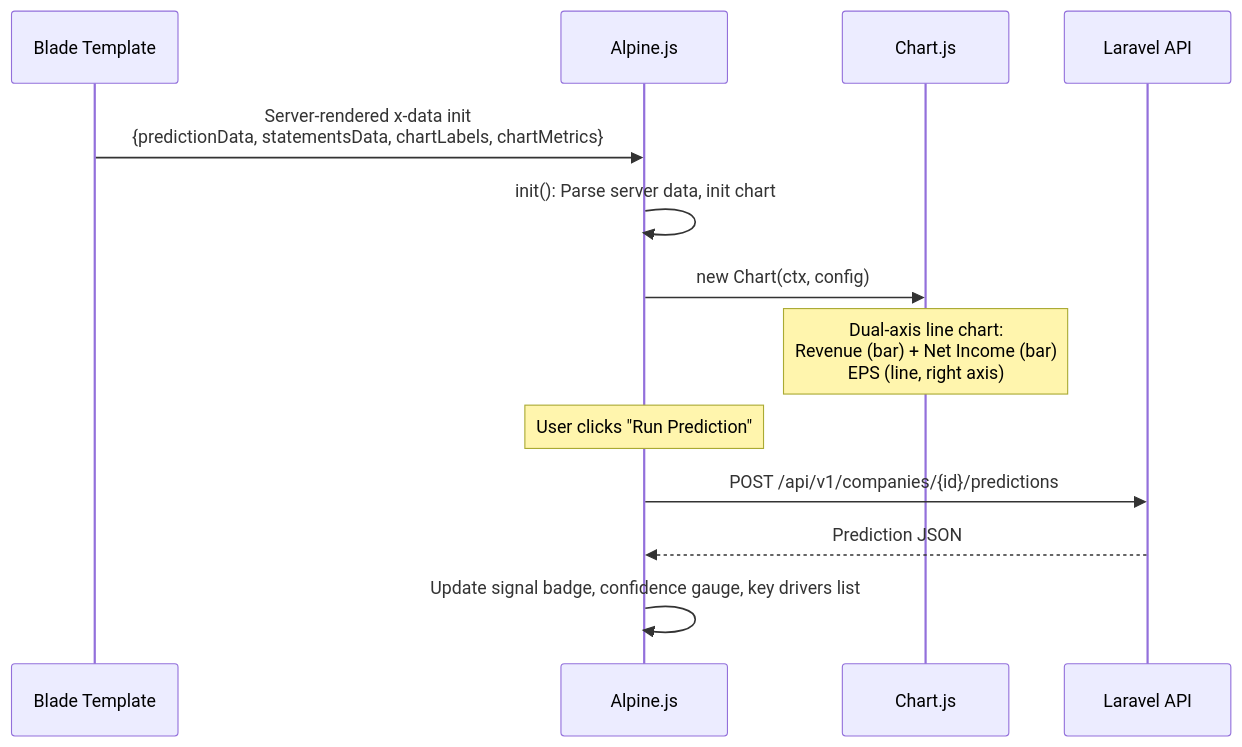
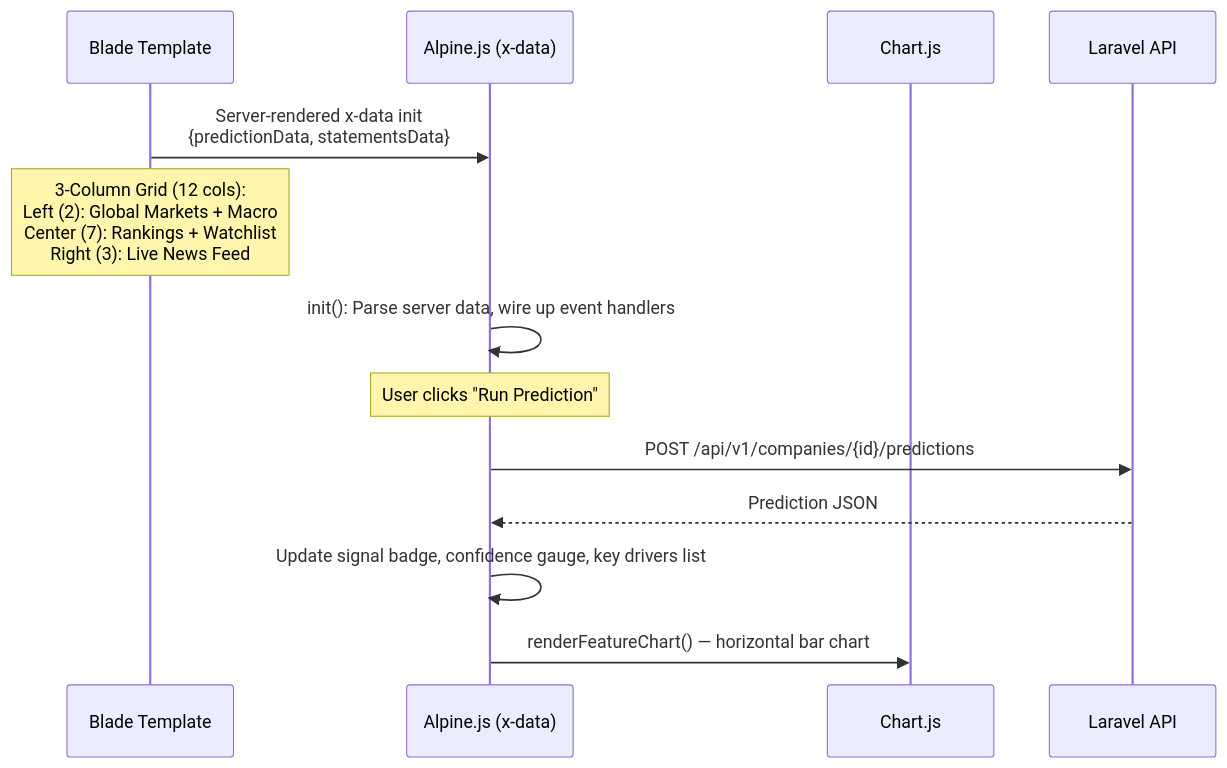
The sixth of 6 diagrams in README.md (galenayaka/project-stock-prediction), drawn with Mermaid before and after one commit. The commit also changed other lines of this file and 4 other files, not shown here.

````diff
--- a/README.md
+++ b/README.md
@@ -319,17 +326,18 @@
 ```mermaid
 sequenceDiagram
     participant Blade as Blade Template
-    participant Alpine as Alpine.js
+    participant Alpine as Alpine.js (x-data)
     participant ChartJS as Chart.js
     participant API as Laravel API
 
-    Blade->>Alpine: Server-rendered x-data init<br/>{predictionData, statementsData, chartLabels, chartMetrics}
-    Alpine->>Alpine: init(): Parse server data, init chart
-    Alpine->>ChartJS: new Chart(ctx, config)
-    Note over ChartJS: Dual-axis line chart:<br/>Revenue (bar) + Net Income (bar)<br/>EPS (line, right axis)
+    Blade->>Alpine: Server-rendered x-data init<br/>{predictionData, statementsData}
+    Note over Blade: 3-Column Grid (12 cols):<br/>Left (2): Global Markets + Macro<br/>Center (7): Rankings + Watchlist<br/>Right (3): Live News Feed
+
+    Alpine->>Alpine: init(): Parse server data, wire up event handlers
 
     Note over Alpine: User clicks "Run Prediction"
     Alpine->>API: POST /api/v1/companies/{id}/predictions
     API-->>Alpine: Prediction JSON
     Alpine->>Alpine: Update signal badge, confidence gauge, key drivers list
+    Alpine->>ChartJS: renderFeatureChart() — horizontal bar chart
 ```
````
